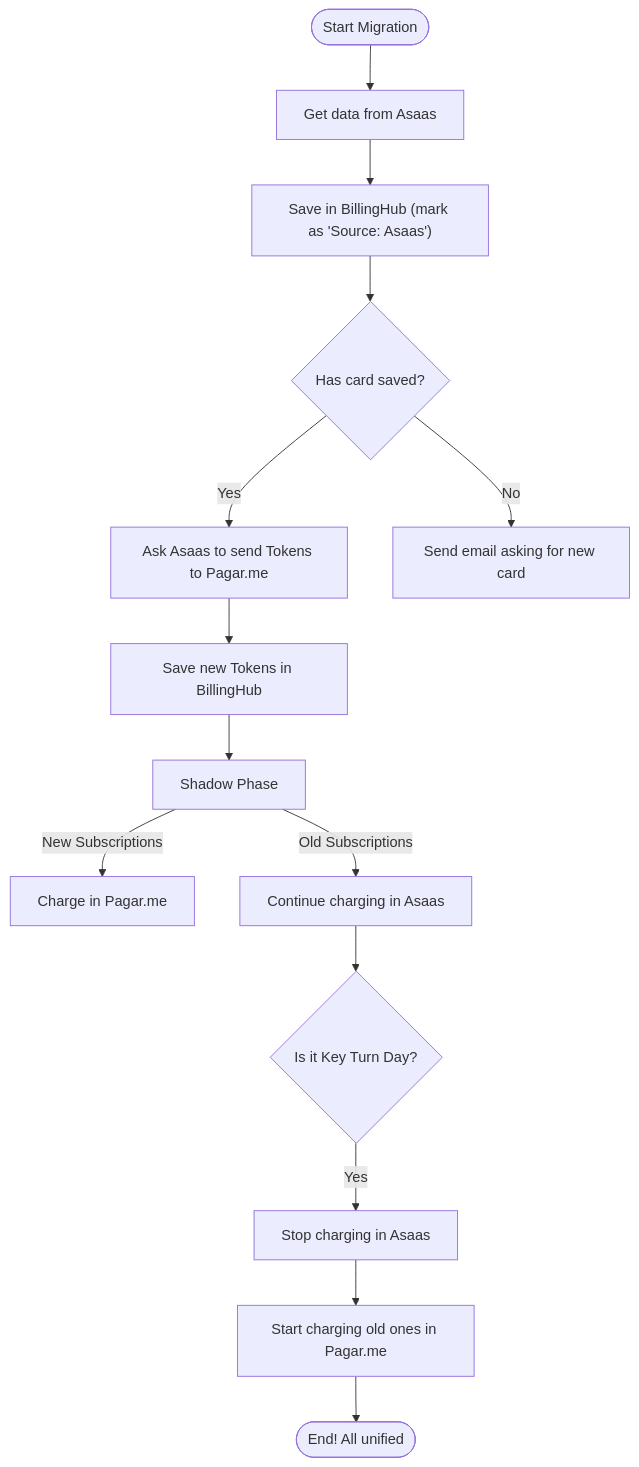
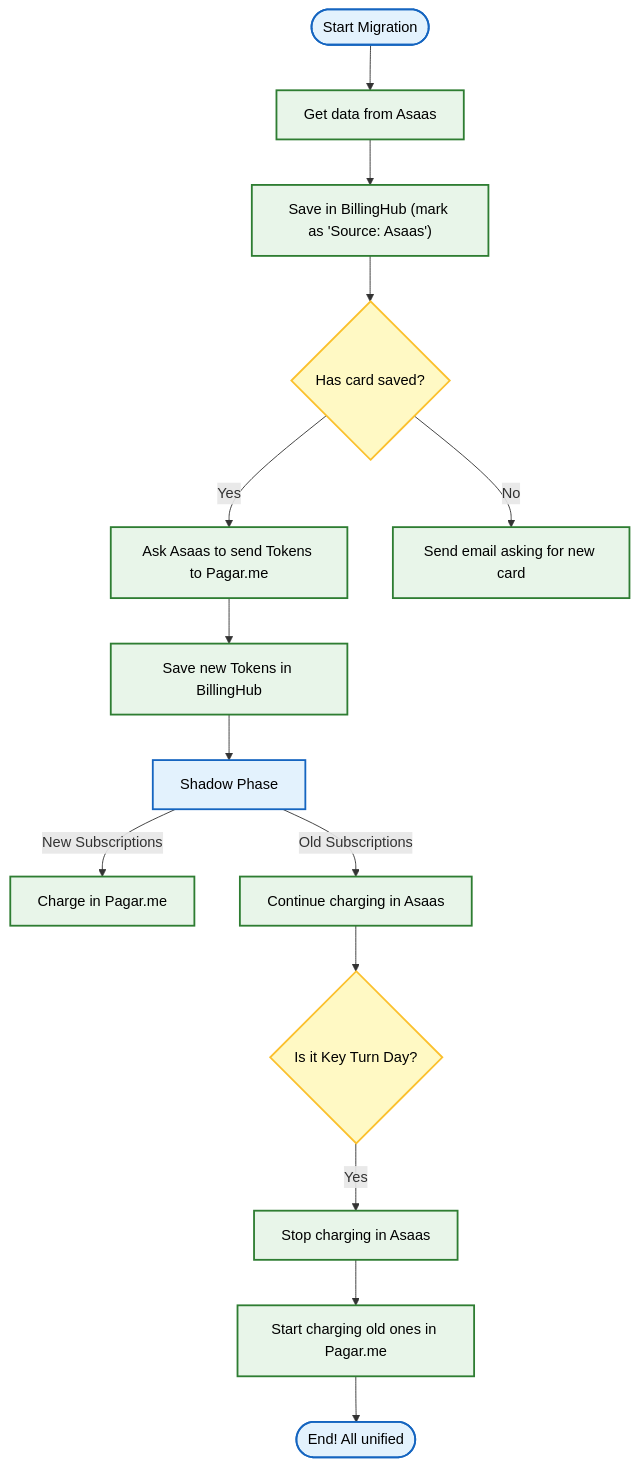
One commit to pcajoao/billing_hub changed the second of 2 diagrams in docs/FLOWS.md. Above: the diagram before and after it, drawn with Mermaid. The commit also changed 2 other files, not shown here.

Commit message:
adjusting documentation files, changing fluxograms colors

````diff
--- a/docs/FLOWS.md
+++ b/docs/FLOWS.md
@@ -47,22 +47,27 @@
 ```mermaid
 flowchart TD
-    Inicio([Start Migration]) --> Exportar[Get data from Asaas]
-    Exportar --> Importar["Save in BillingHub (mark as 'Source: Asaas')"]
+    classDef default fill:#fff,stroke:#333,stroke-width:1px,color:#000;
+    classDef phase fill:#e3f2fd,stroke:#1565c0,stroke-width:2px,color:#000;
+    classDef decision fill:#fff9c4,stroke:#fbc02d,stroke-width:2px,color:#000;
+    classDef action fill:#e8f5e9,stroke:#2e7d32,stroke-width:2px,color:#000;
+
+    Inicio([Start Migration]):::phase --> Exportar[Get data from Asaas]:::action
+    Exportar --> Importar["Save in BillingHub (mark as 'Source: Asaas')"]:::action
     
-    Importar --> TemCartao{Has card saved?}
+    Importar --> TemCartao{Has card saved?}:::decision
     
-    TemCartao -- Yes --> MigrarToken[Ask Asaas to send Tokens to Pagar.me]
-    MigrarToken --> SalvarToken["Save new Tokens in BillingHub"]
-    SalvarToken --> FaseSombra[Shadow Phase]
+    TemCartao -- Yes --> MigrarToken[Ask Asaas to send Tokens to Pagar.me]:::action
+    MigrarToken --> SalvarToken["Save new Tokens in BillingHub"]:::action
+    SalvarToken --> FaseSombra[Shadow Phase]:::phase
     
-    TemCartao -- No --> PedirCartao["Send email asking for new card"]
+    TemCartao -- No --> PedirCartao["Send email asking for new card"]:::action
     
-    FaseSombra -->|New Subscriptions| PagarMe[Charge in Pagar.me]
-    FaseSombra -->|Old Subscriptions| Asaas[Continue charging in Asaas]
+    FaseSombra -->|New Subscriptions| PagarMe[Charge in Pagar.me]:::action
+    FaseSombra -->|Old Subscriptions| Asaas[Continue charging in Asaas]:::action
     
-    Asaas --> DiaD{Is it Key Turn Day?}
-    DiaD -- Yes --> DesligaAsaas[Stop charging in Asaas]
-    DesligaAsaas --> LigaPagarMe[Start charging old ones in Pagar.me]
+    Asaas --> DiaD{Is it Key Turn Day?}:::decision
+    DiaD -- Yes --> DesligaAsaas[Stop charging in Asaas]:::action
+    DesligaAsaas --> LigaPagarMe[Start charging old ones in Pagar.me]:::action
     
-    LigaPagarMe --> Fim([End! All unified])
+    LigaPagarMe --> Fim([End! All unified]):::phase
 ```
````
